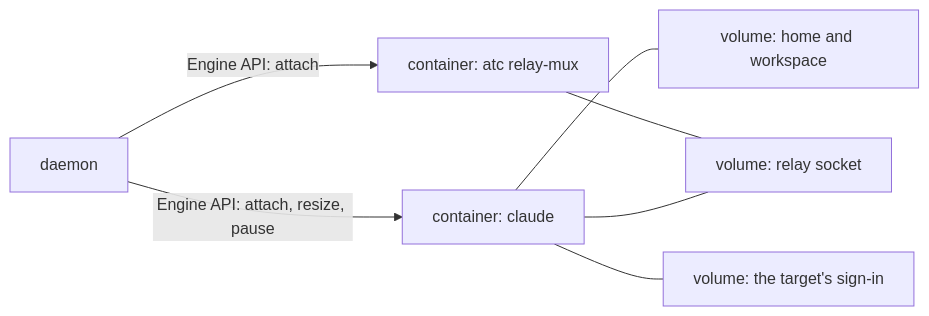
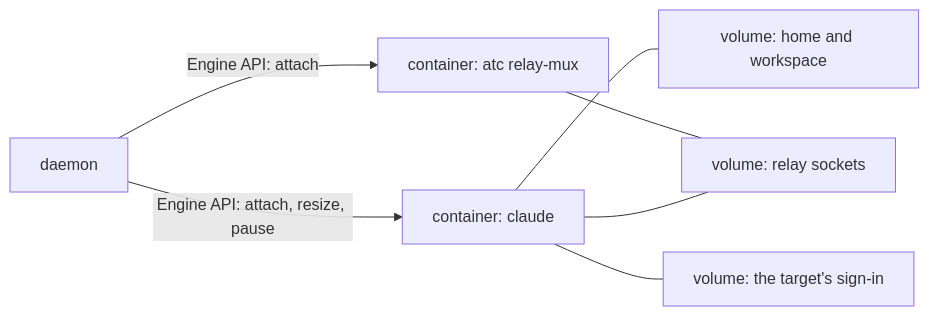
One commit to zgeoff/atc changed the diagram in docs/design/remote-targets/docker.md. Above: the diagram before and after it, drawn with Mermaid. The commit also changed other lines of this file and 3 other files, not shown here.

````diff
--- a/docs/design/remote-targets/docker.md
+++ b/docs/design/remote-targets/docker.md
@@ -14,9 +17,9 @@
 ```mermaid
 flowchart LR
   daemon[daemon] -->|"Engine API: attach, resize, pause"| harness["container: claude"]
   daemon -->|"Engine API: attach"| sidecar["container: atc relay-mux"]
   harness --- volume["volume: home and workspace"]
-  sidecar --- relayvol["volume: relay socket"]
+  sidecar --- relayvol["volume: relay sockets"]
   harness --- relayvol
   harness --- signin["volume: the target's sign-in"]
 ```
````
